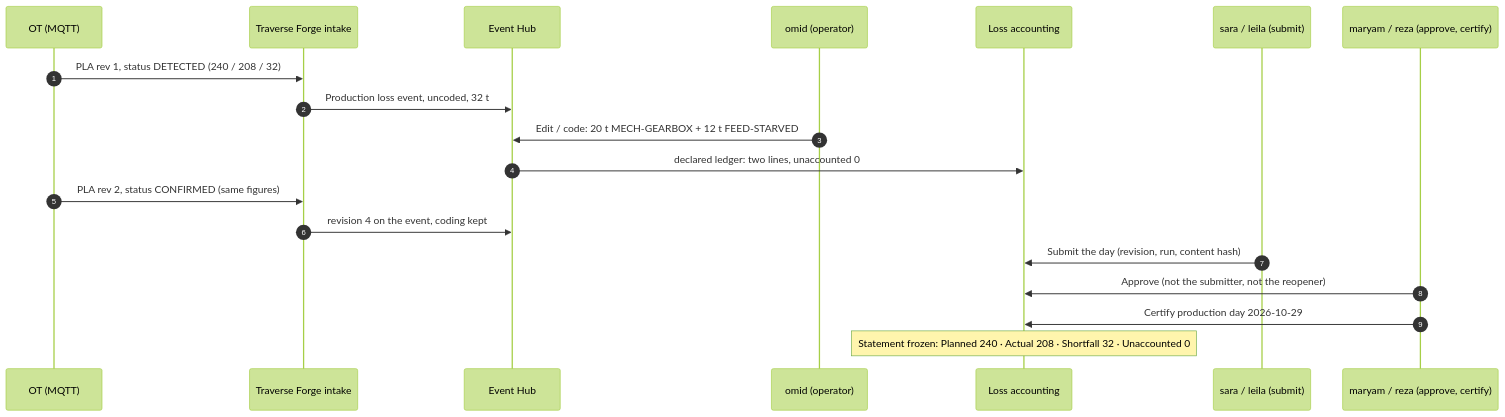
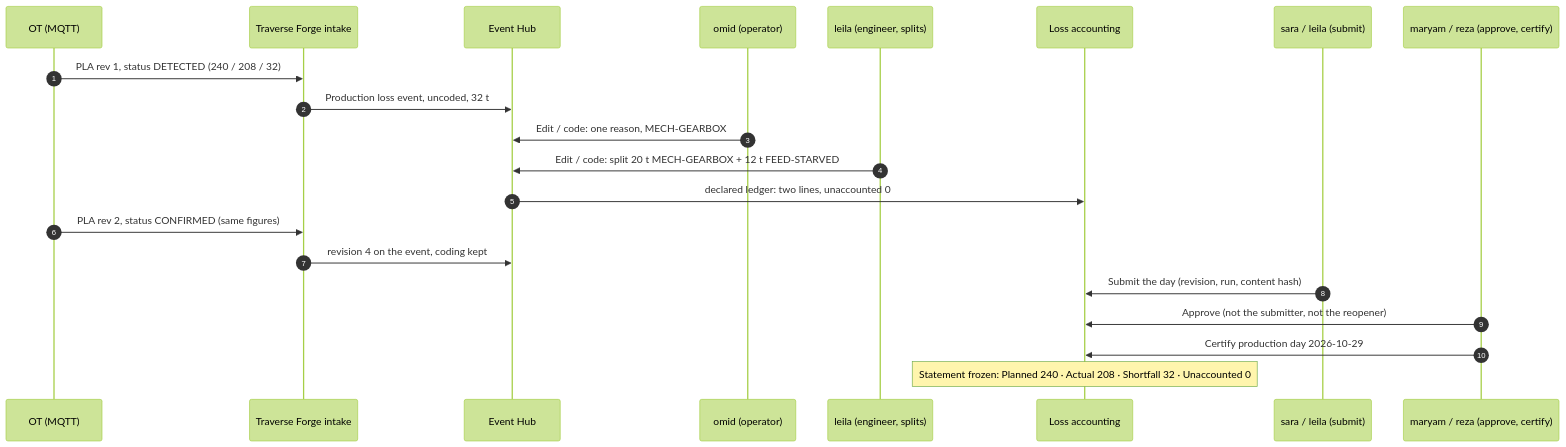
Before and after one commit to tofelemed/PLA-Downtime-RCA-V3: the second of 6 diagrams in docs/DEMO_GUIDE_PLA_AND_DOWNTIME_JOURNEYS.md, drawn with Mermaid (forest theme). The commit also changed other lines of this file and 19 other files, not shown here.

First line of the commit message:
feat(events): operators code one reason; engineers and managers split across several

````diff
--- a/docs/DEMO_GUIDE_PLA_AND_DOWNTIME_JOURNEYS.md
+++ b/docs/DEMO_GUIDE_PLA_AND_DOWNTIME_JOURNEYS.md
@@ -85,22 +85,24 @@
 ```mermaid
 sequenceDiagram
   autonumber
   participant OT as OT (MQTT)
   participant TF as Traverse Forge intake
   participant Hub as Event Hub
   participant Omid as omid (operator)
+  participant Leila as leila (engineer, splits)
   participant Acc as Loss accounting
   participant Sara as sara / leila (submit)
   participant Mgr as maryam / reza (approve, certify)
 
   OT->>TF: PLA rev 1, status DETECTED (240 / 208 / 32)
   TF->>Hub: Production loss event, uncoded, 32 t
-  Omid->>Hub: Edit / code: 20 t MECH-GEARBOX + 12 t FEED-STARVED
+  Omid->>Hub: Edit / code: one reason, MECH-GEARBOX
+  Leila->>Hub: Edit / code: split 20 t MECH-GEARBOX + 12 t FEED-STARVED
   Hub->>Acc: declared ledger: two lines, unaccounted 0
   OT->>TF: PLA rev 2, status CONFIRMED (same figures)
   TF->>Hub: revision 4 on the event, coding kept
   Sara->>Acc: Submit the day (revision, run, content hash)
   Mgr->>Acc: Approve (not the submitter, not the reopener)
   Mgr->>Acc: Certify production day 2026-10-29
   Note over Acc: Statement frozen: Planned 240 · Actual 208 · Shortfall 32 · Unaccounted 0
 ```
````
